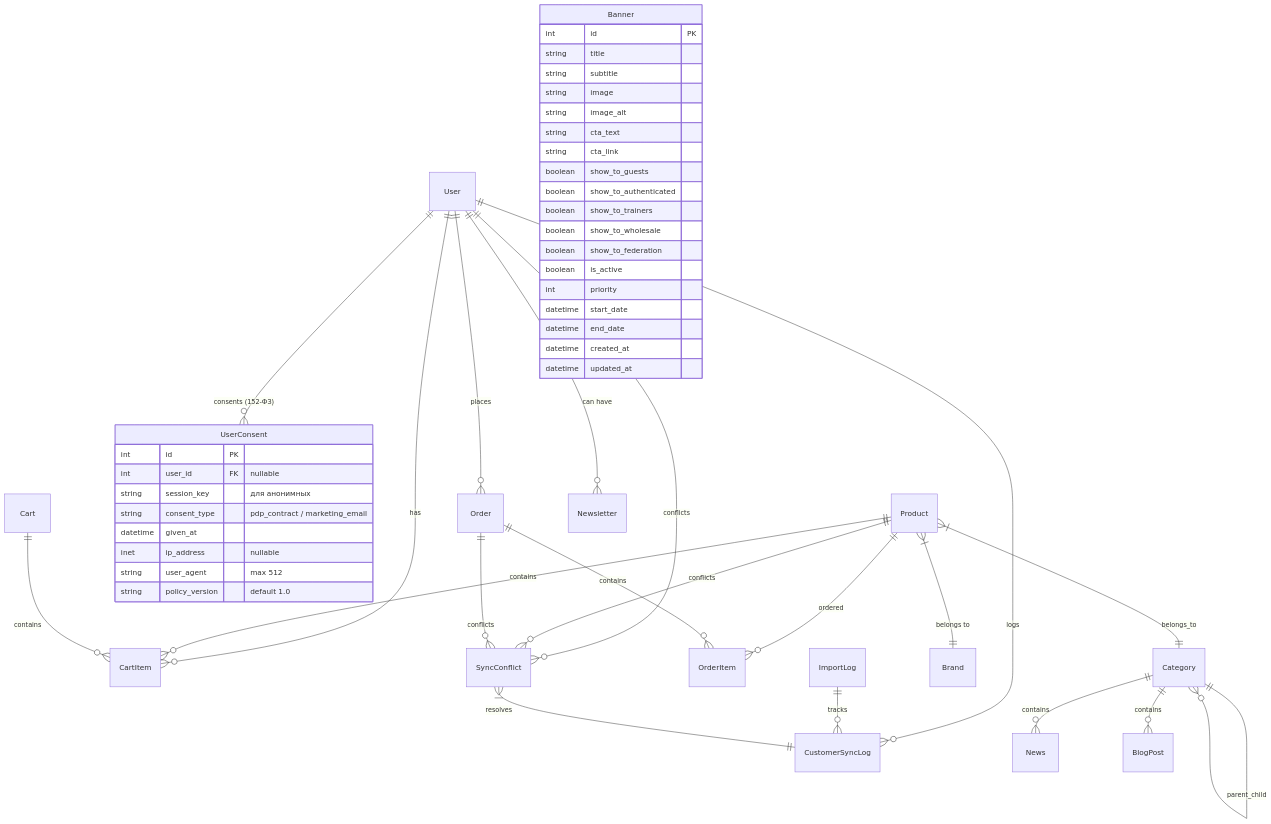
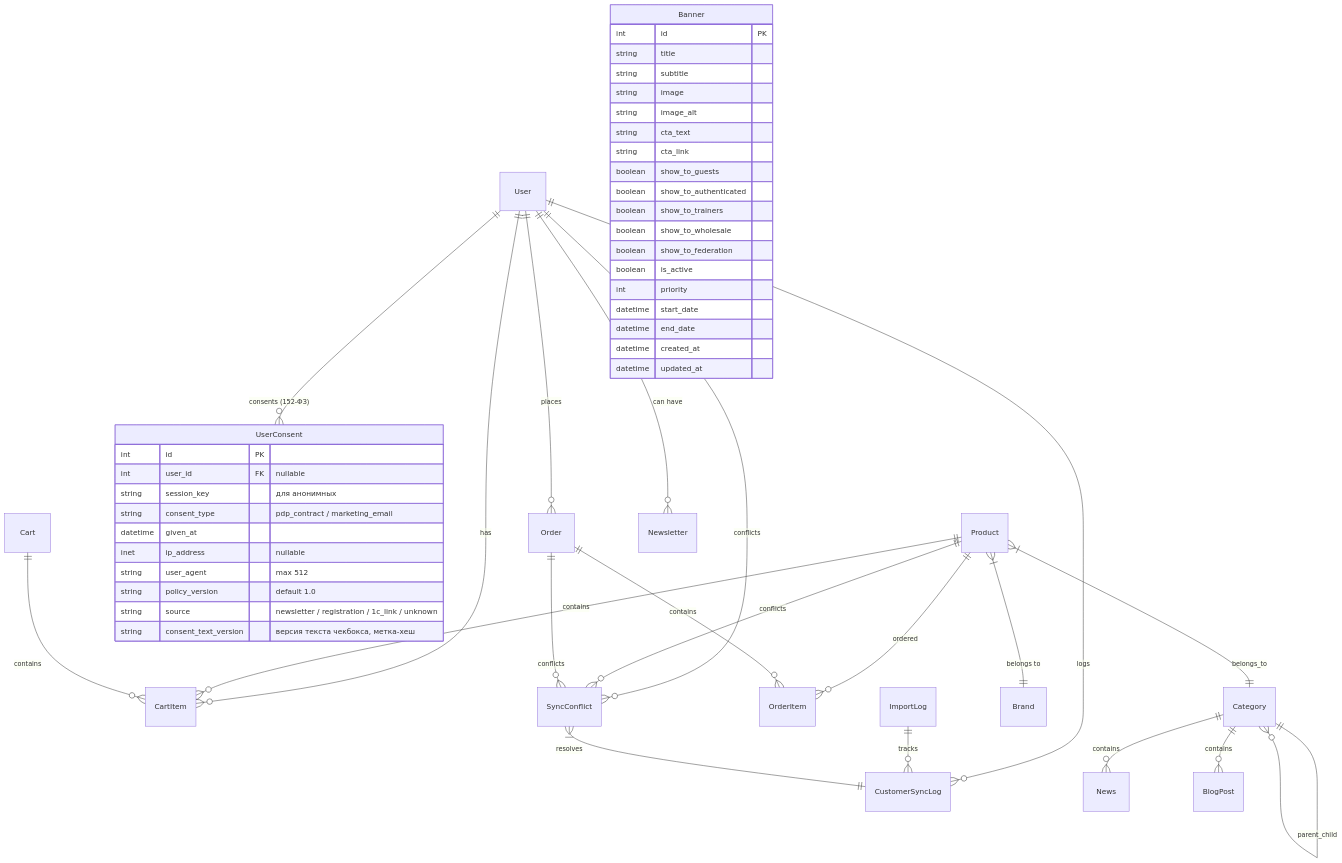
One commit to AlexMobiCraft/FREESPORT changed the first of 2 diagrams in docs/architecture/02-data-models.md. Above: the diagram before and after it, drawn with Mermaid. The commit also changed 24 other files, not shown here.

First line of the commit message:
feat(story-41-9): аудит журнала согласий — версия текста и источник

````diff
--- a/docs/architecture/02-data-models.md
+++ b/docs/architecture/02-data-models.md
@@ -5,60 +5,62 @@
 ```mermaid
 erDiagram
     User ||--o{ Order : places
     User ||--o{ CartItem : has
     User ||--o{ CustomerSyncLog : logs
     User ||--o{ SyncConflict : conflicts
     User ||--o{ UserConsent : "consents (152-ФЗ)"
 
     Product ||--o{ CartItem : contains
     Product ||--o{ OrderItem : ordered
     Product }|--|| Category : belongs_to
     Product }|--|| Brand : "belongs to"
     Product ||--o{ SyncConflict : conflicts
 
     Order ||--o{ OrderItem : contains
     Order ||--o{ SyncConflict : conflicts
 
     Category ||--o{ Category : parent_child
 
     Cart ||--o{ CartItem : contains
 
     ImportLog ||--o{ CustomerSyncLog : tracks
     SyncConflict }|--|| CustomerSyncLog : resolves
 
     Category ||--o{ News : contains
     Category ||--o{ BlogPost : contains
     User ||--o{ Newsletter : "can have"
 
     Banner {
         int id PK
         string title
         string subtitle
         string image
         string image_alt
         string cta_text
         string cta_link
         boolean show_to_guests
         boolean show_to_authenticated
         boolean show_to_trainers
         boolean show_to_wholesale
         boolean show_to_federation
         boolean is_active
         int priority
         datetime start_date
         datetime end_date
         datetime created_at
         datetime updated_at
     }
 
     UserConsent {
         int id PK
         int user_id FK "nullable"
         string session_key "для анонимных"
         string consent_type "pdp_contract / marketing_email"
         datetime given_at
         inet ip_address "nullable"
         string user_agent "max 512"
         string policy_version "default 1.0"
+        string source "newsletter / registration / 1c_link / unknown"
+        string consent_text_version "версия текста чекбокса, метка-хеш"
     }
 ```
````
